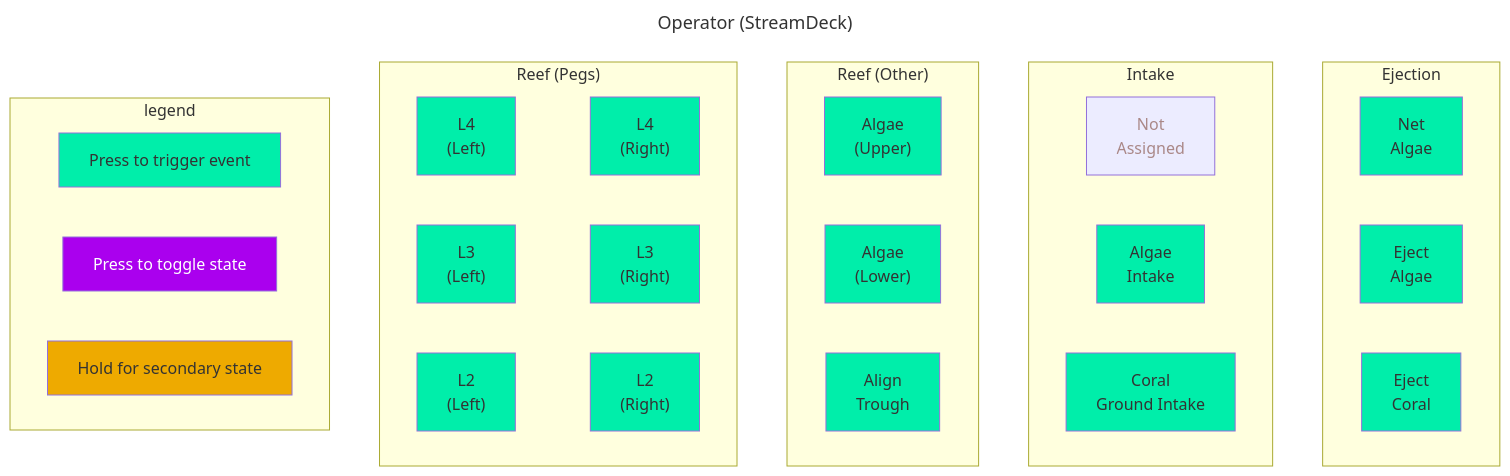
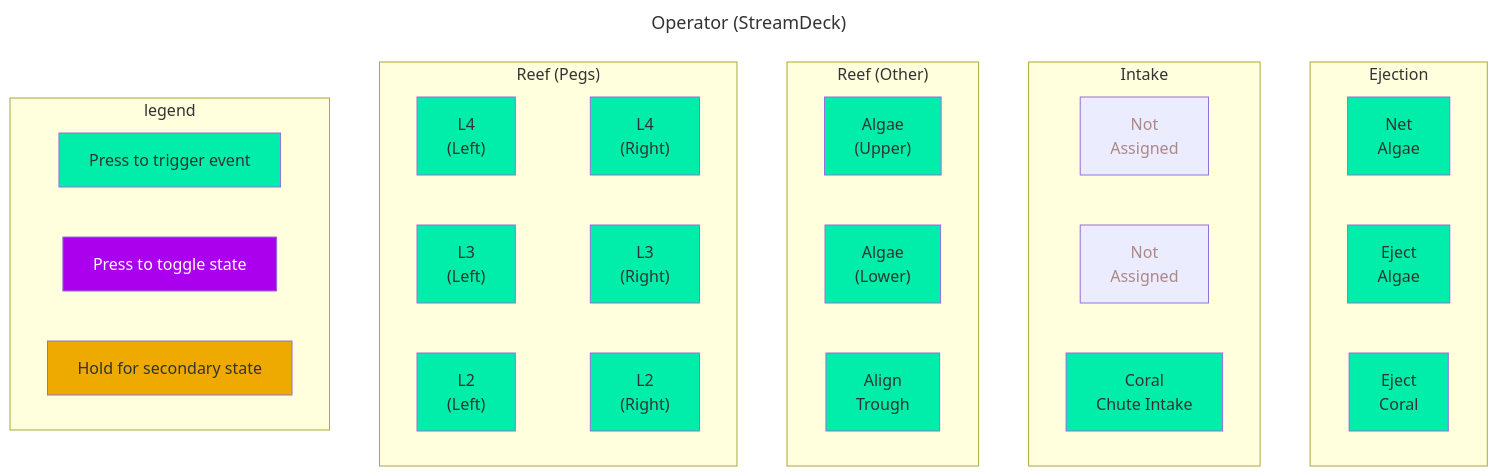
Before and after one commit to Raptacon/Robot-2025: the diagram in doc/controller_diagrams/operator_streamdeck_2025.mermaid, drawn with Mermaid. The commit also changed 1 other file, not shown here.

Commit message:
finished basic mermaid layout, open to changes

```diff
--- a/doc/controller_diagrams/operator_streamdeck_2025.mermaid
+++ b/doc/controller_diagrams/operator_streamdeck_2025.mermaid
@@ -1,45 +1,45 @@
 ---
 title: Operator (StreamDeck)
 ---
 graph TB
     subgraph c5["Ejection"]
         Net["Net
              Algae"]:::clsPress
         EjectAlg["Eject
                   Algae"]:::clsPress
         EjectCoral["Eject
                     Coral"]:::clsPress
     end
     subgraph c4["Intake"]
         r1c4["Not
               Assigned"]:::na
-        IntakeAlg["Algae
-                   Intake"]:::clsPress
+        IntakeAlg["Not
+                   Assigned"]:::na
         IntakeGrd["Coral
-                   Ground Intake"]:::clsPress
+                   Chute Intake"]:::clsPress
     end
     subgraph c3["Reef (Other)"]
         RmAlgU["Algae
                 (Upper)"]:::clsPress
         RmAlgL["Algae
                 (Lower)"]:::clsPress
         Trough["Align
                 Trough"]:::clsPress
     end
     subgraph c1c2["Reef (Pegs)"]
         LL4["L4\n(Left)"]:::clsPress~~~RL4["L4\n(Right)"]:::clsPress
         LL3["L3\n(Left)"]:::clsPress~~~RL3["L3\n(Right)"]:::clsPress
         LL2["L2\n(Left)"]:::clsPress~~~RL2["L2\n(Right)"]:::clsPress
     end
     subgraph legend
         press["Press to trigger event"]:::clsPress
         toggle["Press to toggle state"]:::clsToggle
         hold["Hold for secondary state"]:::clsHold
     end
 classDef hidden display: none;
 classDef na color: #a88
 classDef note fill: #0000, stroke-dasharray: 5 5
 classDef clsHold fill: #ea0
 classDef clsToggle fill: #a0e, color: white
 classDef clsPress fill: #0ea
 classDef nobg fill: transparent
```
